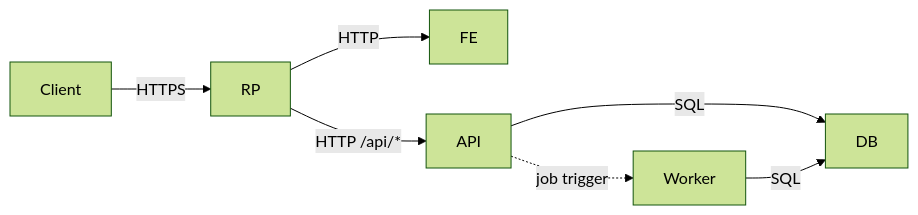
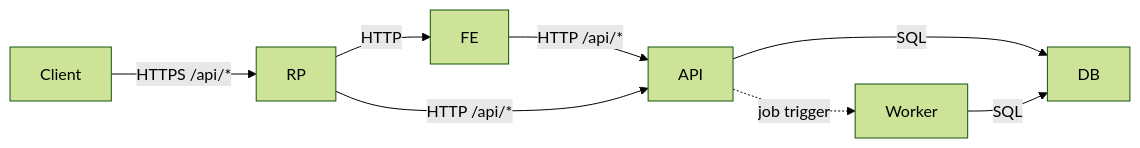
One commit to VoltKraft/Project_BitShift changed the diagram in README.md. Above: the diagram before and after it, drawn with Mermaid (forest theme).

Commit message:
Refine API flow in README diagram
Updated API flow in the architecture diagram to specify endpoints.

````diff
--- a/README.md
+++ b/README.md
@@ -56,7 +56,7 @@
 ```mermaid
 flowchart LR
-  Client -->|HTTPS| RP
-  RP -->|HTTP| FE
+  Client -->|HTTPS /api/*| RP
+  RP -->|HTTP| FE -->|HTTP /api/*| API
   RP -->|HTTP /api/*| API -->|SQL| DB
   API -.->|job trigger| Worker -->|SQL| DB
 ```
````
